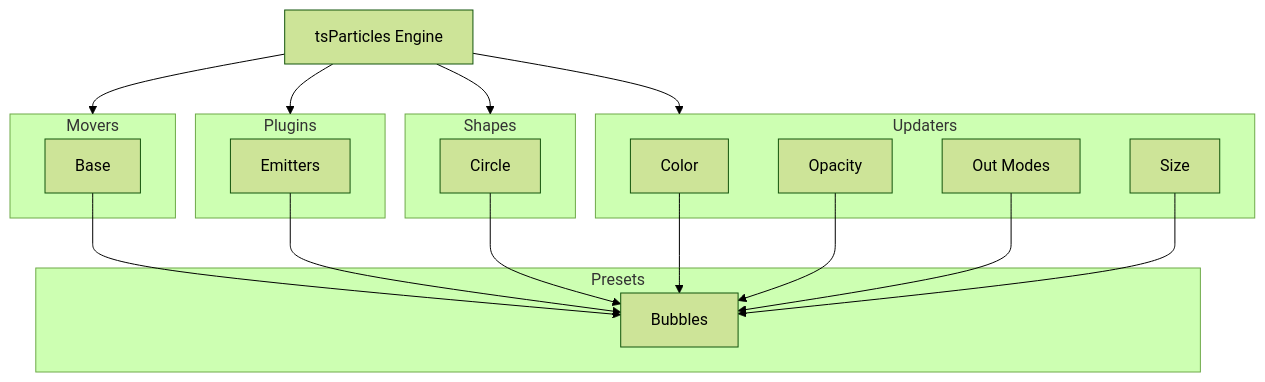
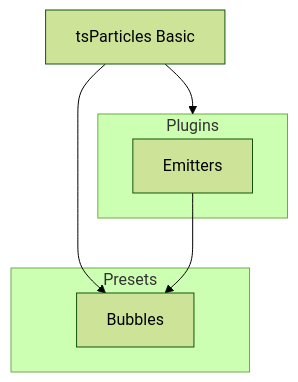
The diagram in presets/bubbles/README.md (tsparticles/presets), drawn with Mermaid (forest theme) before and after one commit. The commit also changed 35 other files, not shown here.

Commit message:
feat: added squares preset build: updated all mermaid charts

````diff
--- a/presets/bubbles/README.md
+++ b/presets/bubbles/README.md
@@ -165,36 +165,15 @@
 ```mermaid
 flowchart TD
-
-subgraph m [Movers]
-mb[Base]
-end
-
-e[tsParticles Engine] --> m
 
 subgraph pl [Plugins]
 ple[Emitters]
 end
 
-e --> pl
-
-subgraph s [Shapes]
-sc[Circle]
-end
-
-e --> s
-
-subgraph u [Updaters]
-uc[Color]
-uop[Opacity]
-uou[Out Modes]
-usi[Size]
-end
-
-e --> u
+bb[tsParticles Basic] --> pl
 
 subgraph pr [Presets]
 prbu[Bubbles]
 end
 
-mb & ple & sc & uc & uop & uou & usi --> prbu
+bb & ple --> prbu
 ```
````
